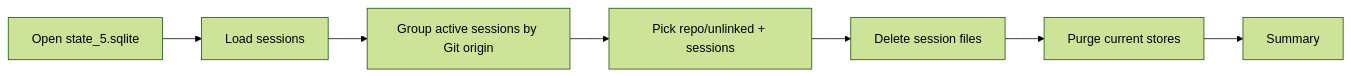
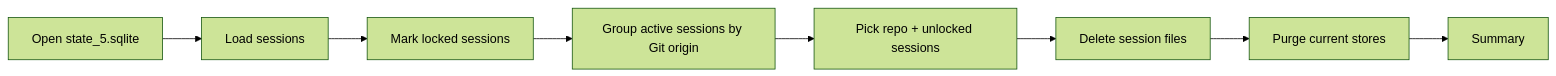
Before and after one commit to lemonbu5h/dexcow: the third of 6 diagrams in docs/architecture.md, drawn with Mermaid (forest theme). The commit also changed other lines of this file and 19 other files, not shown here.

````diff
--- a/docs/architecture.md
+++ b/docs/architecture.md
@@ -34,9 +34,10 @@
 ```mermaid
 flowchart LR
   A["Open state_5.sqlite"] --> B["Load sessions"]
-  B --> D["Group active sessions by Git origin"]
-  D --> E["Pick repo/unlinked + sessions"]
+  B --> C["Mark locked sessions"]
+  C --> D["Group active sessions by Git origin"]
+  D --> E["Pick repo + unlocked sessions"]
   E --> F["Delete session files"]
   F --> H["Purge current stores"]
   H --> G["Summary"]
 ```
````
